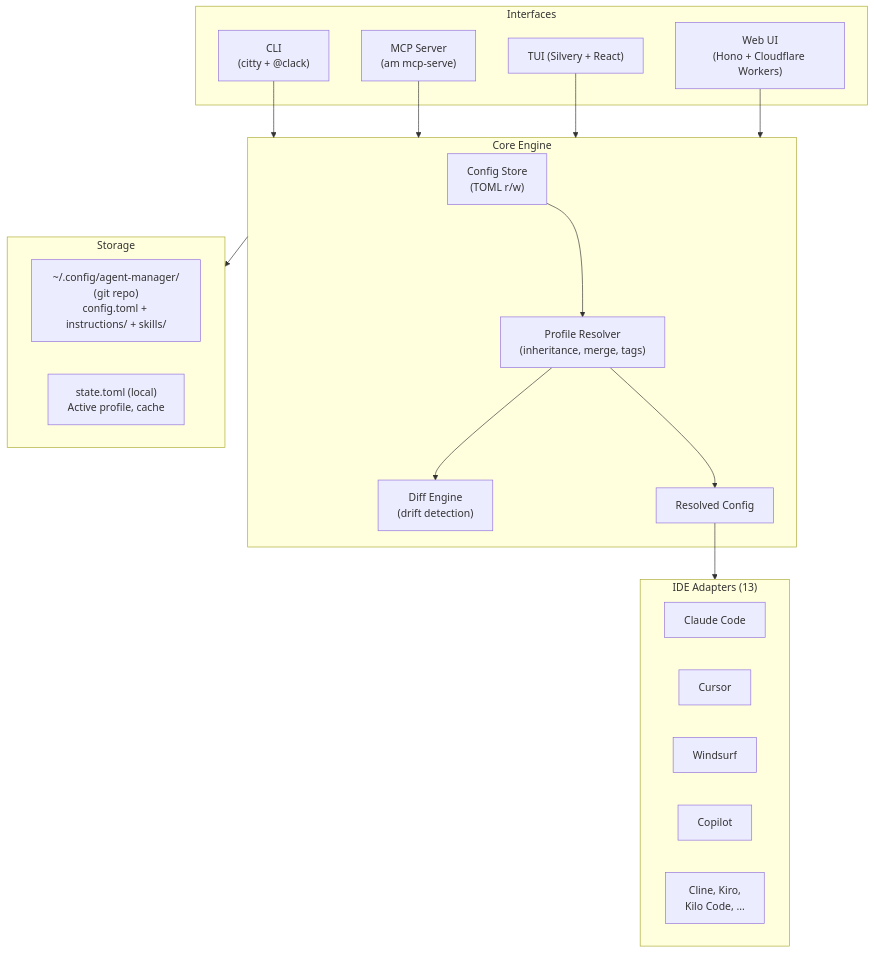
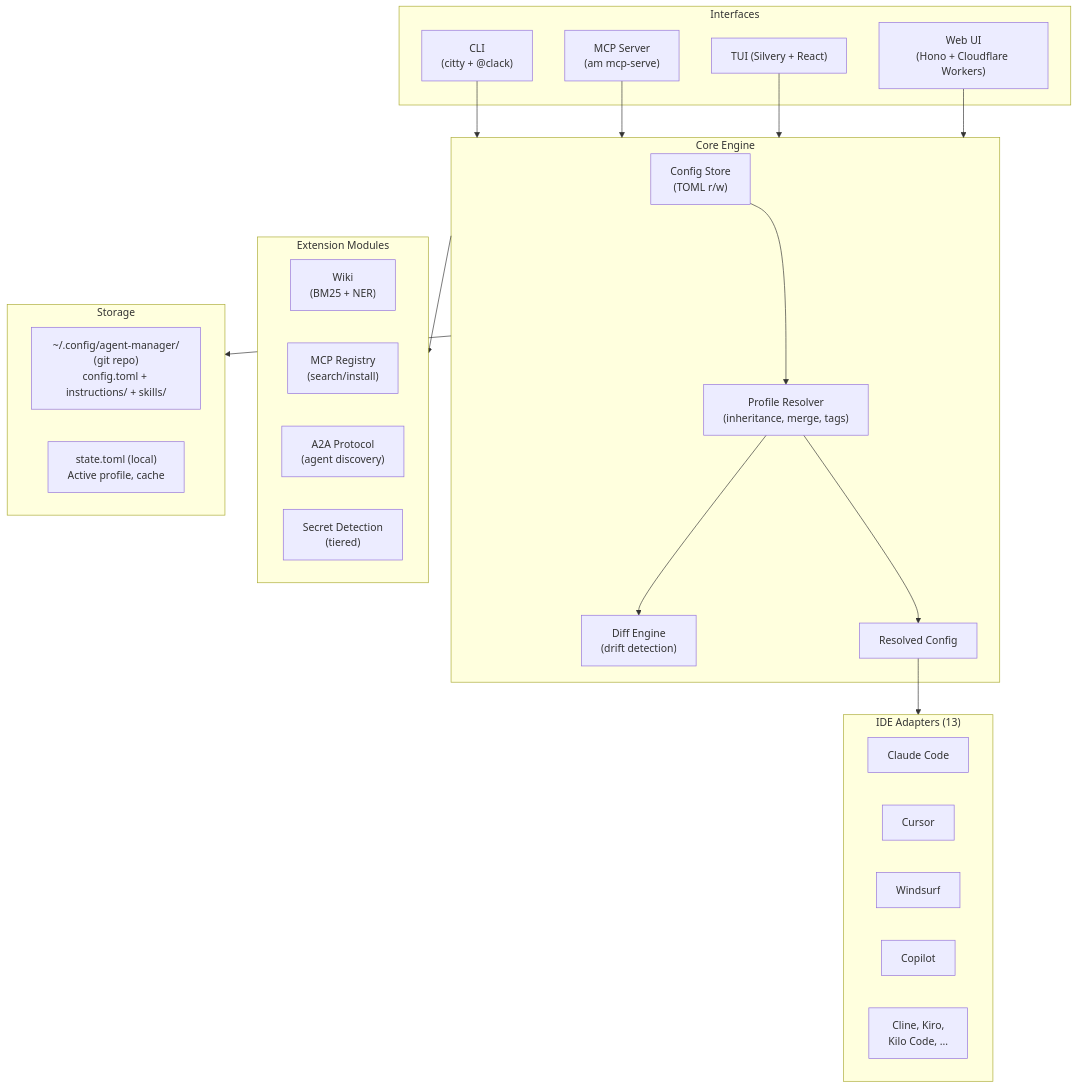
Before and after one commit to Codeseys-Labs/agent-manager: the first of 3 diagrams in docs/2026-04-07-agent-manager-design-spec.md, drawn with Mermaid. The commit also changed other lines of this file, not shown here.

````diff
--- a/docs/2026-04-07-agent-manager-design-spec.md
+++ b/docs/2026-04-07-agent-manager-design-spec.md
@@ -62,40 +69,48 @@
 ```mermaid
 graph TD
     subgraph Interfaces
         CLI["CLI<br/>(citty + @clack)"]
         MCPS["MCP Server<br/>(am mcp-serve)"]
         TUI_IF["TUI (Silvery + React)"]
         WebUI["Web UI<br/>(Hono + Cloudflare Workers)"]
     end
 
     subgraph Core["Core Engine"]
         Config["Config Store<br/>(TOML r/w)"]
         Resolver["Profile Resolver<br/>(inheritance, merge, tags)"]
         Diff["Diff Engine<br/>(drift detection)"]
         Resolved["Resolved Config"]
 
         Config --> Resolver --> Diff
         Resolver --> Resolved
     end
 
     subgraph Adapters["IDE Adapters (13)"]
         CC["Claude Code"]
         CU["Cursor"]
         WS["Windsurf"]
         CP["Copilot"]
         More["Cline, Kiro,<br/>Kilo Code, ..."]
     end
 
+    subgraph Extensions["Extension Modules"]
+        Wiki["Wiki<br/>(BM25 + NER)"]
+        Registry["MCP Registry<br/>(search/install)"]
+        A2A["A2A Protocol<br/>(agent discovery)"]
+        SecDet["Secret Detection<br/>(tiered)"]
+    end
+
     subgraph Storage
         GitRepo["~/.config/agent-manager/<br/>(git repo)<br/>config.toml + instructions/ + skills/"]
         State["state.toml (local)<br/>Active profile, cache"]
     end
 
     CLI --> Core
     MCPS --> Core
     TUI_IF --> Core
     WebUI --> Core
 
+    Core --> Extensions
     Resolved --> Adapters
     Core --> Storage
 ```
````
